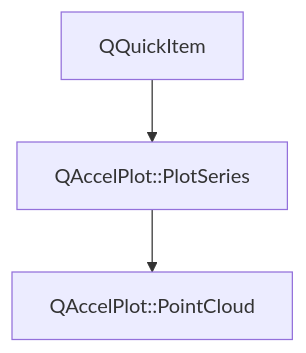
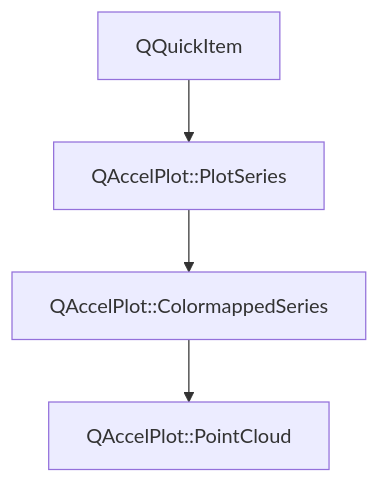
The diagram in main/assets/.doxy/QAccelPlot/api/classQAccelPlot_1_1PointCloud.md (michalgrabarczyk/QAccelPlot), drawn with Mermaid before and after one commit. The commit also changed other lines of this file and 531 other files, not shown here.

````diff
--- a/main/assets/.doxy/QAccelPlot/api/classQAccelPlot_1_1PointCloud.md
+++ b/main/assets/.doxy/QAccelPlot/api/classQAccelPlot_1_1PointCloud.md
@@ -31,12 +31,16 @@
 ```mermaid
 flowchart TB
   classQAccelPlot_1_1PointCloud["QAccelPlot::PointCloud"]
 
+  classQAccelPlot_1_1ColormappedSeries["QAccelPlot::ColormappedSeries"]
+  classQAccelPlot_1_1ColormappedSeries --> classQAccelPlot_1_1PointCloud
+  click classQAccelPlot_1_1ColormappedSeries "../classQAccelPlot_1_1ColormappedSeries/" "Open QAccelPlot::ColormappedSeries"
+
   classQAccelPlot_1_1PlotSeries["QAccelPlot::PlotSeries"]
-  classQAccelPlot_1_1PlotSeries --> classQAccelPlot_1_1PointCloud
+  classQAccelPlot_1_1PlotSeries --> classQAccelPlot_1_1ColormappedSeries
   click classQAccelPlot_1_1PlotSeries "../classQAccelPlot_1_1PlotSeries/" "Open QAccelPlot::PlotSeries"
 
   external_base_classQAccelPlot_1_1PlotSeries_1["QQuickItem"]
   external_base_classQAccelPlot_1_1PlotSeries_1 --> classQAccelPlot_1_1PlotSeries
 
 ```
````
